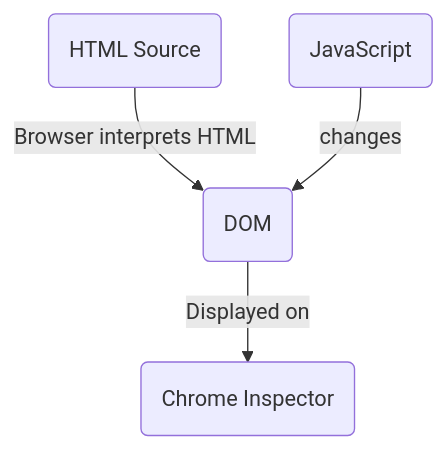
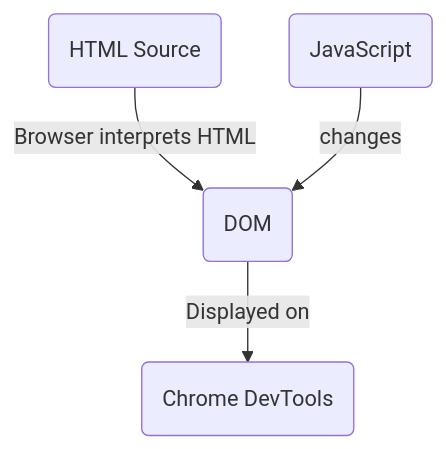
The third of 4 diagrams in _posts/2014-11-27-dcd-1.md (electivecode/electivecode.github.io), drawn with Mermaid before and after one commit. The commit also changed other lines of this file and 3 other files, not shown here.

```diff
--- a/_posts/2014-11-27-dcd-1.md
+++ b/_posts/2014-11-27-dcd-1.md
@@ -81,6 +82,6 @@
 <div class="mermaid">
   graph TD;
     A(HTML Source)-->|Browser interprets HTML|B(DOM);
     C(JavaScript)-->|changes|B;
-    B-->|Displayed on|D(Chrome Inspector);
+    B-->|Displayed on|D(Chrome DevTools);
 </div>
```
